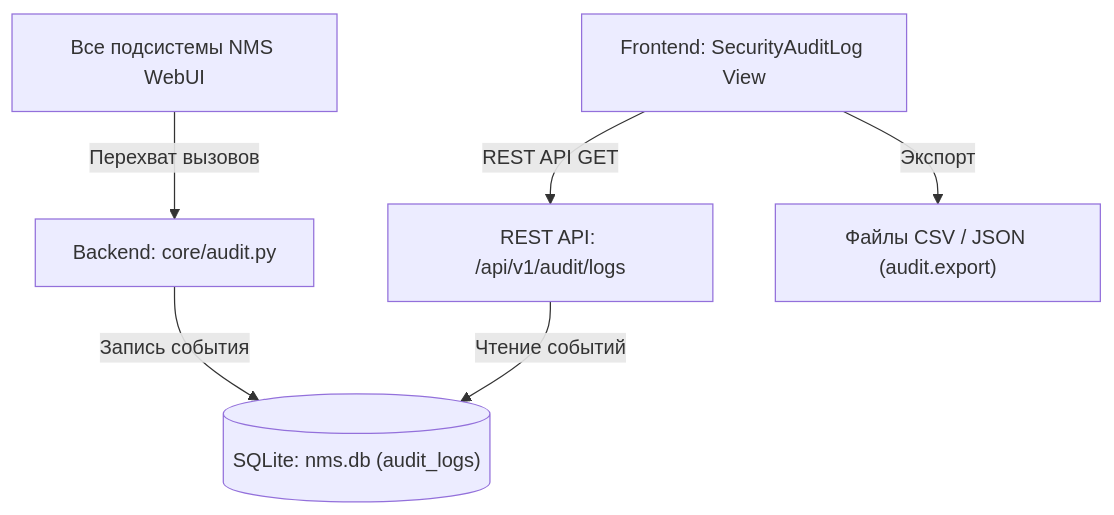
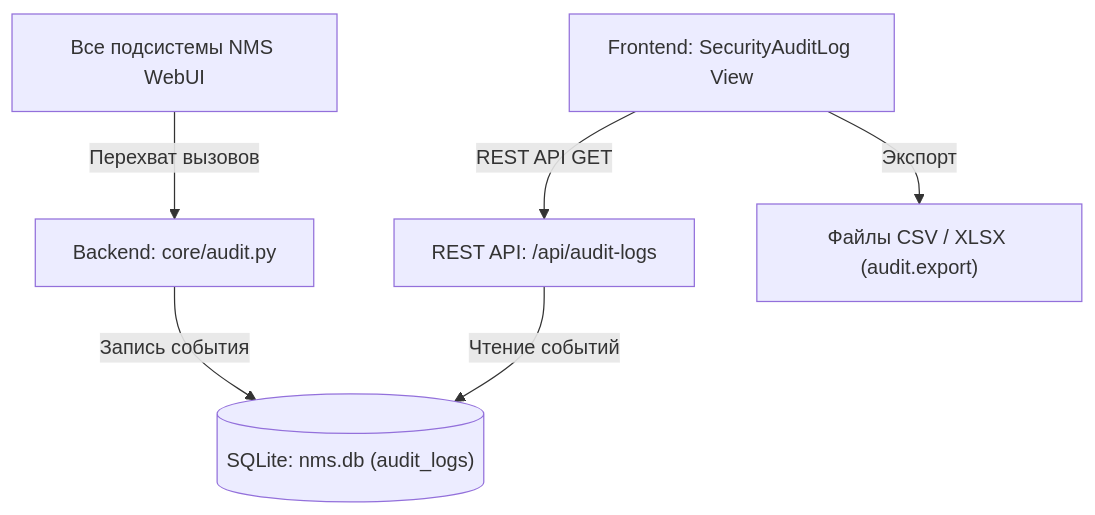
One commit to Apofixc/nms-webui changed the diagram in docs/wiki/02-usage/08-security-audit-log.md. Above: the diagram before and after it, drawn with Mermaid. The commit also changed other lines of this file and 21 other files, not shown here.

````diff
--- a/docs/wiki/02-usage/08-security-audit-log.md
+++ b/docs/wiki/02-usage/08-security-audit-log.md
@@ -86,8 +86,8 @@
 ```mermaid
 graph TD
     AppControllers["Все подсистемы NMS WebUI"] -->|Перехват вызовов| AuditModule["Backend: core/audit.py"]
     AuditModule -->|Запись события| DB[("SQLite: nms.db (audit_logs)")]
-    UI["Frontend: SecurityAuditLog View"] -->|REST API GET| API["REST API: /api/v1/audit/logs"]
+    UI["Frontend: SecurityAuditLog View"] -->|REST API GET| API["REST API: /api/audit-logs"]
     API -->|Чтение событий| DB
-    UI -->|Экспорт| CSV_JSON["Файлы CSV / JSON (audit.export)"]
+    UI -->|Экспорт| CSV_JSON["Файлы CSV / XLSX (audit.export)"]
 ```
````
